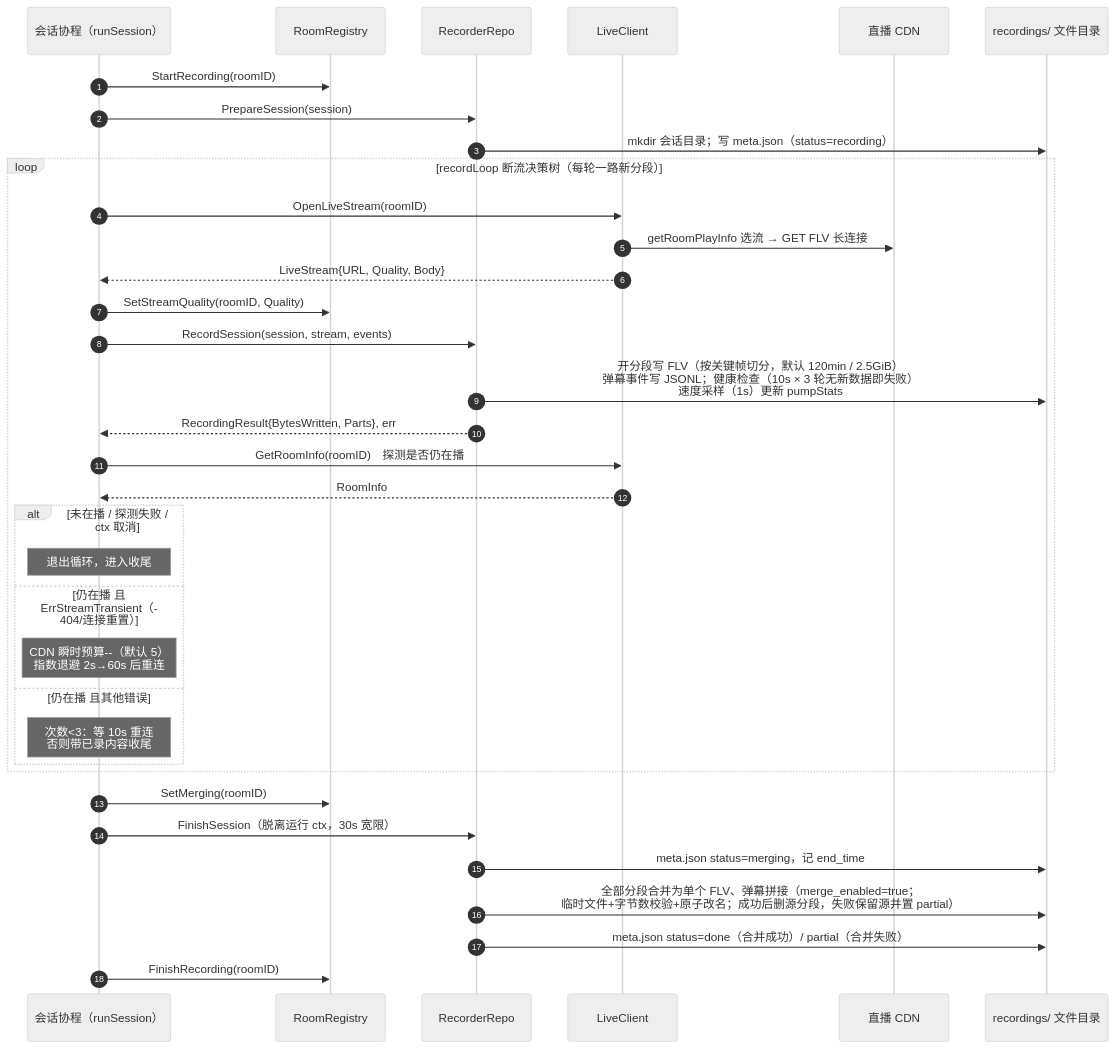
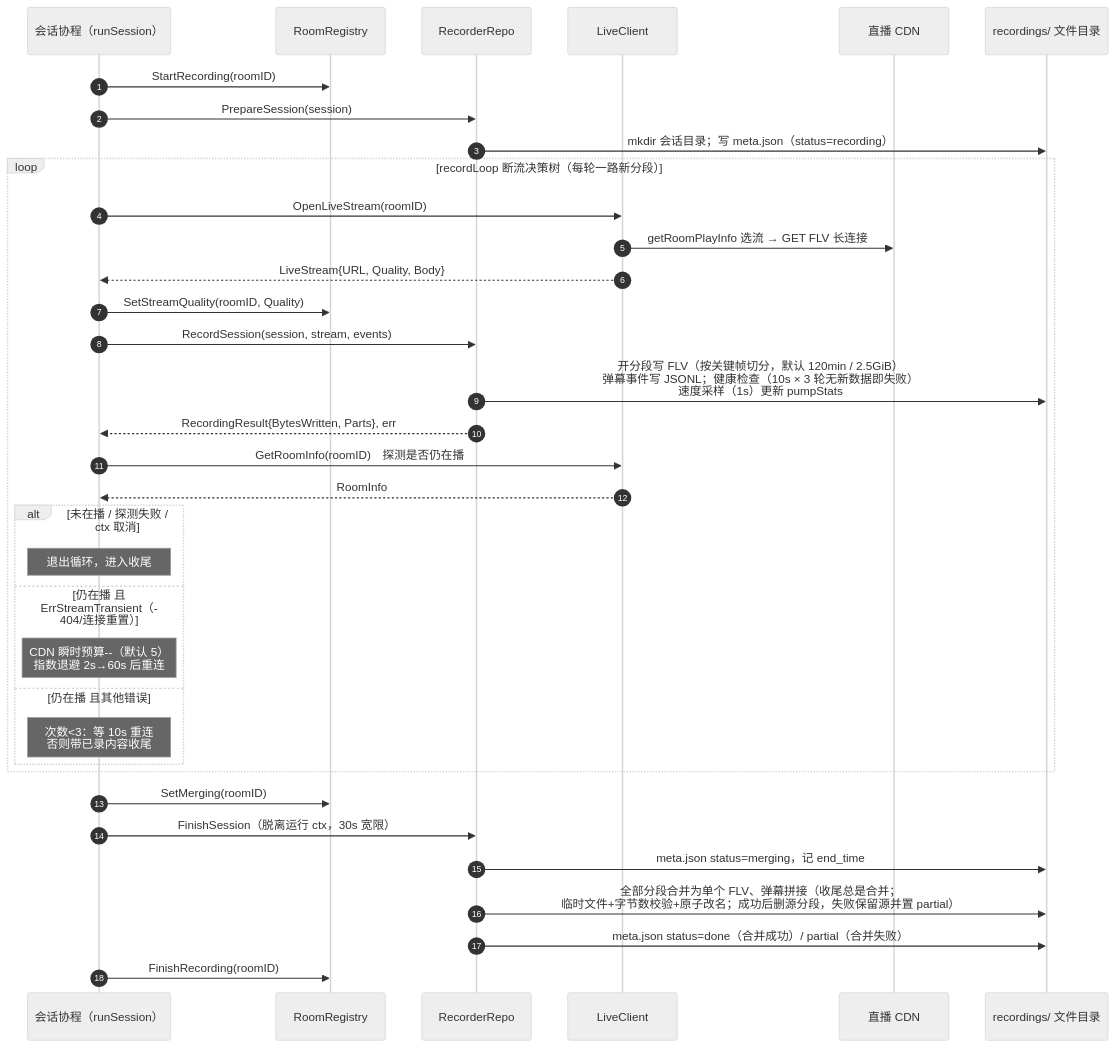
One commit to xgbt/suika changed the fifth of 10 diagrams in docs/design/architecture-diagrams.md. Above: the diagram before and after it, drawn with Mermaid (neutral theme). The commit also changed other lines of this file and 14 other files, not shown here.

````diff
--- a/docs/design/architecture-diagrams.md
+++ b/docs/design/architecture-diagrams.md
@@ -244,40 +244,40 @@
 ```mermaid
 sequenceDiagram
     autonumber
     participant Sess as 会话协程（runSession）
     participant G as RoomRegistry
     participant RR as RecorderRepo
     participant LC as LiveClient
     participant CDN as 直播 CDN
     participant FS as recordings/ 文件目录
 
     Sess->>G: StartRecording(roomID)
     Sess->>RR: PrepareSession(session)
     RR->>FS: mkdir 会话目录；写 meta.json（status=recording）
 
     loop recordLoop 断流决策树（每轮一路新分段）
         Sess->>LC: OpenLiveStream(roomID)
         LC->>CDN: getRoomPlayInfo 选流 → GET FLV 长连接
         LC-->>Sess: LiveStream{URL, Quality, Body}
         Sess->>G: SetStreamQuality(roomID, Quality)
         Sess->>RR: RecordSession(session, stream, events)
         RR->>FS: 开分段写 FLV（按关键帧切分，默认 120min / 2.5GiB）<br/>弹幕事件写 JSONL；健康检查（10s × 3 轮无新数据即失败）<br/>速度采样（1s）更新 pumpStats
         RR-->>Sess: RecordingResult{BytesWritten, Parts}, err
         Sess->>LC: GetRoomInfo(roomID)　探测是否仍在播
         LC-->>Sess: RoomInfo
         alt 未在播 / 探测失败 / ctx 取消
             Note over Sess: 退出循环，进入收尾
         else 仍在播 且 ErrStreamTransient（404/连接重置）
             Note over Sess: CDN 瞬时预算--（默认 5）<br/>指数退避 2s→60s 后重连
         else 仍在播 且其他错误
             Note over Sess: 次数<3：等 10s 重连<br/>否则带已录内容收尾
         end
     end
 
     Sess->>G: SetMerging(roomID)
     Sess->>RR: FinishSession（脱离运行 ctx，30s 宽限）
     RR->>FS: meta.json status=merging，记 end_time
-    RR->>FS: 全部分段合并为单个 FLV、弹幕拼接（merge_enabled=true；<br/>临时文件+字节数校验+原子改名；成功后删源分段，失败保留源并置 partial）
+    RR->>FS: 全部分段合并为单个 FLV、弹幕拼接（收尾总是合并；<br/>临时文件+字节数校验+原子改名；成功后删源分段，失败保留源并置 partial）
     RR->>FS: meta.json status=done（合并成功）/ partial（合并失败）
     Sess->>G: FinishRecording(roomID)
 ```
````
